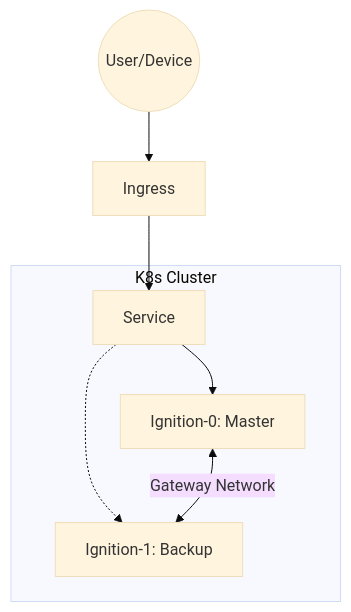
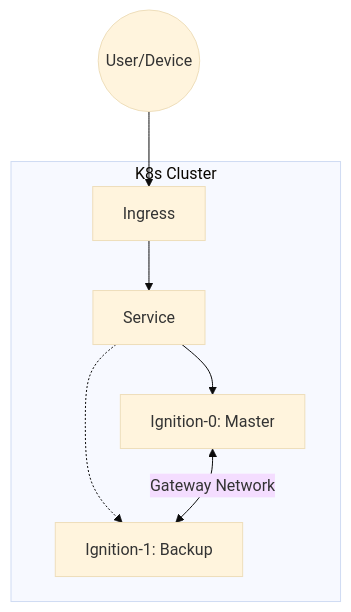
Before and after one commit to Apollogeddon/ignition-helm: the first of 2 diagrams in webpage/src/content/docs/guides/architecture.md, drawn with Mermaid (base theme). The commit also changed 13 other files, not shown here.

Commit message:
docs(webpage): fix chart facts and tables, and add a phone docs menu, so the site fits every screen

````diff
--- a/webpage/src/content/docs/guides/architecture.md
+++ b/webpage/src/content/docs/guides/architecture.md
@@ -25,10 +25,10 @@
 ```mermaid
 graph TD
     User((User/Device)) --> Ingress
-    Ingress --> Service
     subgraph K8s Cluster
+        Ingress --> Service
         Service --> Pod0[Ignition-0: Master ]
         Service -.-> Pod1[Ignition-1: Backup ]
         Pod0 <-->|Gateway Network| Pod1
     end
 ```
````
